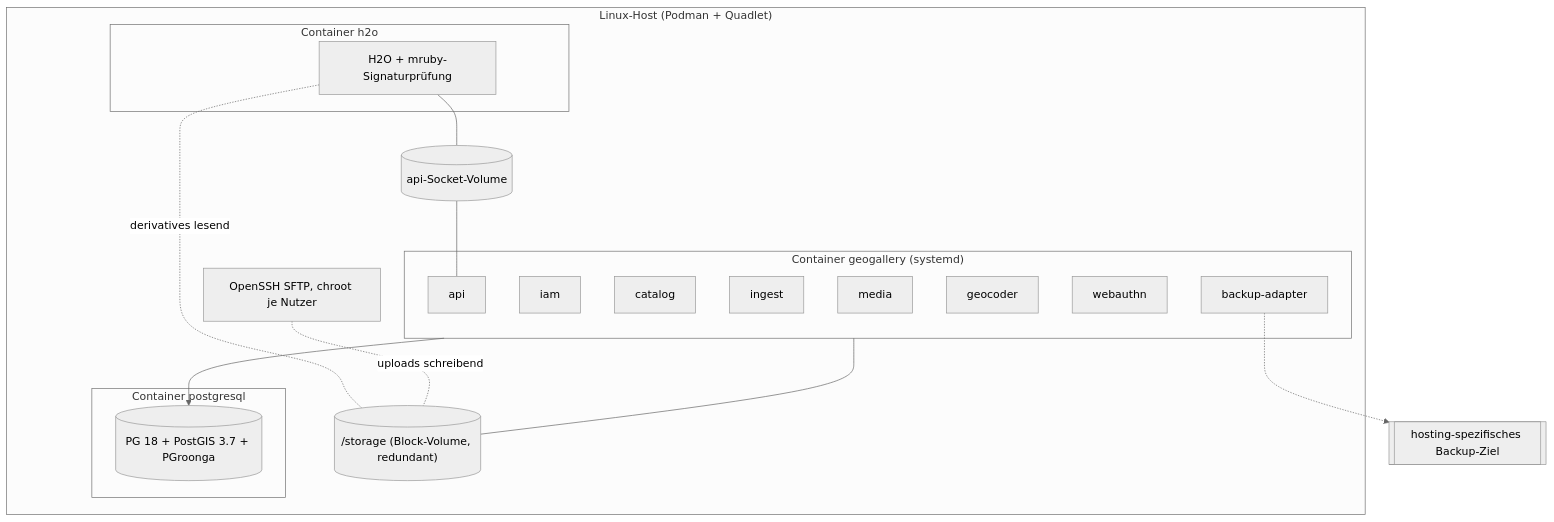
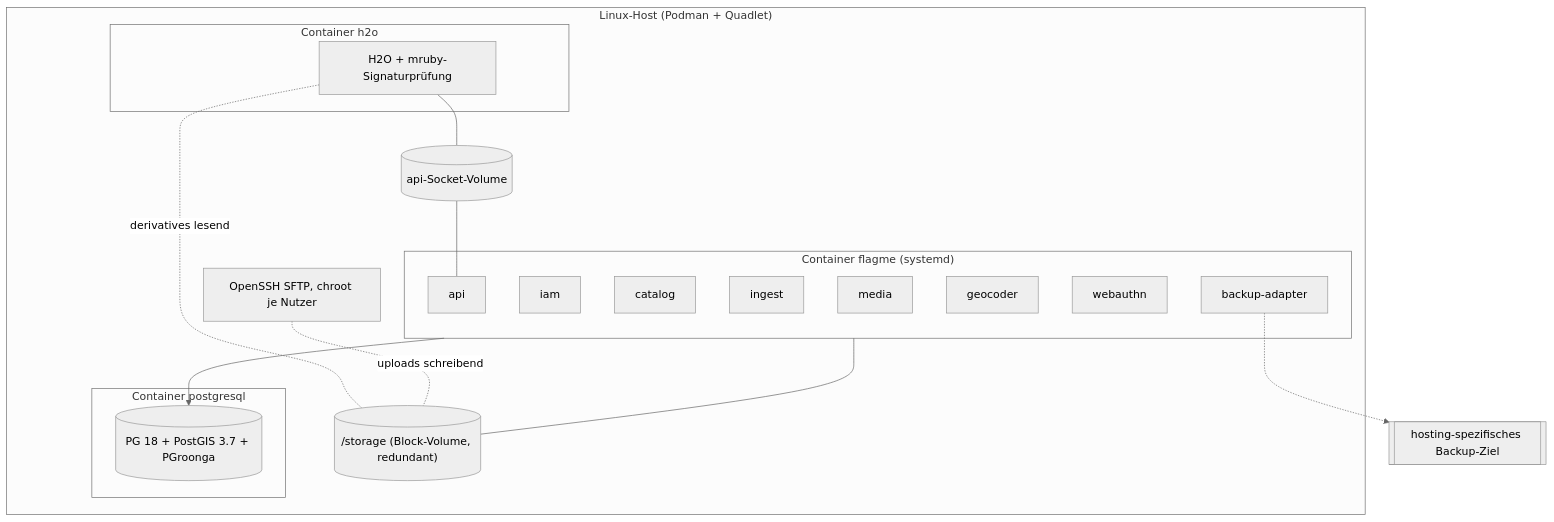
One commit to Zheng-Bote/GeoGallery changed the second of 3 diagrams in _bmad-output/initiative-geogallery/architecture-geogallery/architecture-geogallery.md. Above: the diagram before and after it, drawn with Mermaid (neutral theme). The commit also changed other lines of this file and 4 other files, not shown here.

First line of the commit message:
Switch architecture spine to flagme and re-adopt it

````diff
--- a/_bmad-output/initiative-geogallery/architecture-geogallery/architecture-geogallery.md
+++ b/_bmad-output/initiative-geogallery/architecture-geogallery/architecture-geogallery.md
@@ -466,23 +466,23 @@
 ```mermaid
 flowchart TB
   subgraph Host["Linux-Host (Podman + Quadlet)"]
     sftp[OpenSSH SFTP, chroot je Nutzer]
     subgraph H2O["Container h2o"]
       edge[H2O + mruby-Signaturprüfung]
     end
-    subgraph GG["Container geogallery (systemd)"]
+    subgraph GG["Container flagme (systemd)"]
       api; iam; catalog; ingest; media; geocoder; webauthn; badapter[backup-adapter]
     end
     subgraph PG["Container postgresql"]
       db[(PG 18 + PostGIS 3.7 + PGroonga)]
     end
     vol[("/storage (Block-Volume, redundant)")]
     sock[(api-Socket-Volume)]
   end
   edge --- sock --- api
   edge -. derivatives lesend .- vol
   sftp -. uploads schreibend .- vol
   GG --- vol
   GG --> db
   badapter -.-> ziel[[hosting-spezifisches Backup-Ziel]]
 ```
````
